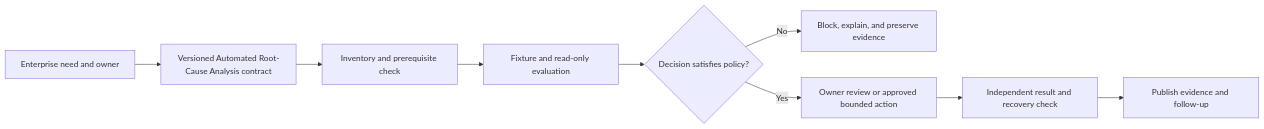
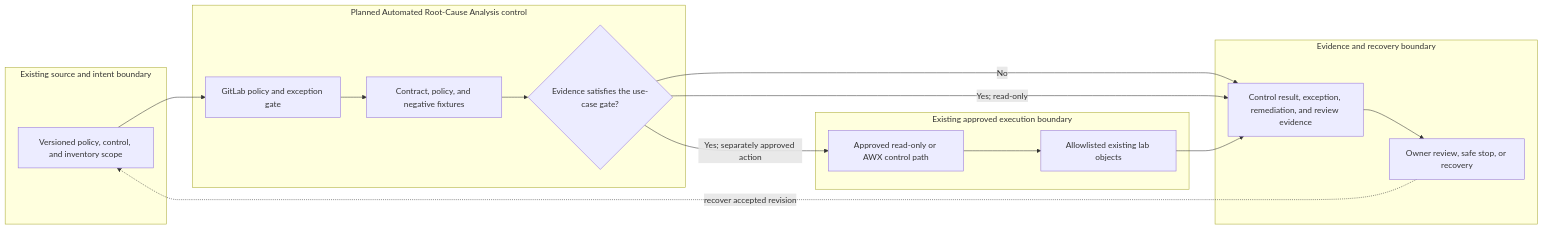
Before and after one commit to MIDHTECH/enterprise-architecture-docs: the diagram in docs/use-cases/governance/UC-GOV-018-automated-root-cause-analysis.md, drawn with Mermaid. The commit also changed other lines of this file and 227 other files, not shown here.

Commit message:
Deepen architecture for all use case designs

````diff
--- a/docs/use-cases/governance/UC-GOV-018-automated-root-cause-analysis.md
+++ b/docs/use-cases/governance/UC-GOV-018-automated-root-cause-analysis.md
@@ -136,11 +129,25 @@
 ```mermaid
 flowchart LR
-    Need["Enterprise need and owner"] --> Contract["Versioned Automated Root-Cause Analysis contract"]
-    Contract --> Preflight["Inventory and prerequisite check"]
-    Preflight --> Evaluate["Fixture and read-only evaluation"]
-    Evaluate --> Decision{"Decision satisfies policy?"}
-    Decision -->|No| Stop["Block, explain, and preserve evidence"]
-    Decision -->|Yes| Review["Owner review or approved bounded action"]
-    Review --> Verify["Independent result and recovery check"]
-    Verify --> Publish["Publish evidence and follow-up"]
+    subgraph Source["Existing source and intent boundary"]
+        A["Versioned policy, control, and inventory scope"]
+    end
+    subgraph Planned["Planned Automated Root-Cause Analysis control"]
+        B["GitLab policy and exception gate"]
+        C["Contract, policy, and negative fixtures"]
+        D{"Evidence satisfies the use-case gate?"}
+    end
+    subgraph Runtime["Existing approved execution boundary"]
+        E["Approved read-only or AWX control path"]
+        F["Allowlisted existing lab objects"]
+    end
+    subgraph Assurance["Evidence and recovery boundary"]
+        G["Control result, exception, remediation, and review evidence"]
+        H["Owner review, safe stop, or recovery"]
+    end
+
+    A --> B --> C --> D
+    D -->|No| G --> H
+    D -->|Yes; read-only| G
+    D -->|Yes; separately approved action| E --> F --> G
+    H -. recover accepted revision .-> A
 ```
````
